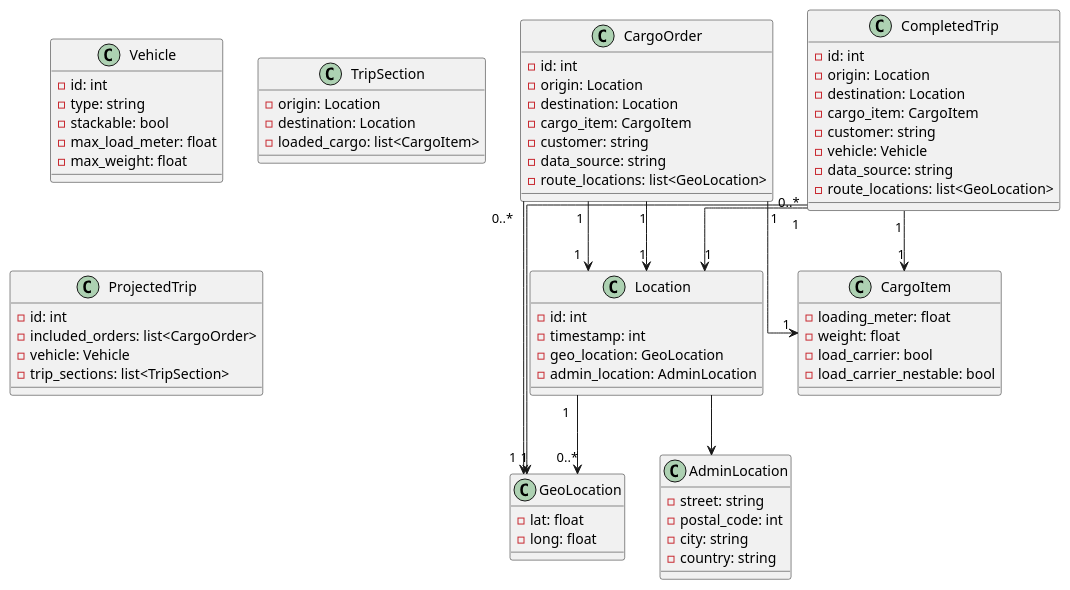
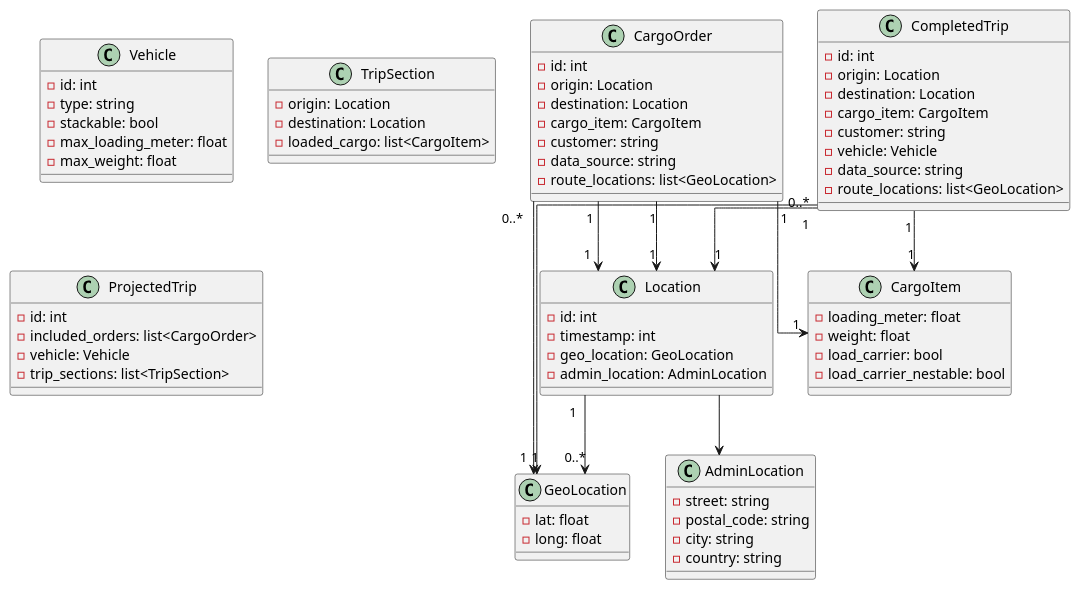
One commit to sbublie/cargo-pilot changed the diagram in docs/cp-analyzer_classes.puml. Above: the diagram before and after it, drawn with PlantUML. The commit also changed 8 other files, not shown here.

```diff
--- a/docs/cp-analyzer_classes.puml
+++ b/docs/cp-analyzer_classes.puml
@@ -1,87 +1,87 @@
 @startuml
 
 skinparam linetype polyline
 skinparam linetype ortho
 
 class GeoLocation {
     - lat: float
     - long: float
 }
 
 class Location {
     - id: int
     - timestamp: int
     - geo_location: GeoLocation
     - admin_location: AdminLocation
 }
 
 class AdminLocation {
     - street: string
-    - postal_code: int
+    - postal_code: string
     - city: string
     - country: string
 }
 
 class CargoItem {
     - loading_meter: float
     - weight: float
     - load_carrier: bool
     - load_carrier_nestable: bool
 }
 
 class CargoOrder {
     - id: int
     - origin: Location
     - destination: Location
     - cargo_item: CargoItem
     - customer: string
     - data_source: string
     - route_locations: list<GeoLocation>
 }
 
 class Vehicle {
     - id: int
     - type: string
     - stackable: bool
-    - max_load_meter: float
+    - max_loading_meter: float
     - max_weight: float
 }
 
 class CompletedTrip {
     - id: int
     - origin: Location
     - destination: Location
     - cargo_item: CargoItem
     - customer: string
     - vehicle: Vehicle
     - data_source: string
     - route_locations: list<GeoLocation>
 }
 
 
 
 class TripSection {
     - origin: Location
     - destination: Location
     - loaded_cargo: list<CargoItem>
 }
 
 class ProjectedTrip {
     - id: int
     - included_orders: list<CargoOrder>
     - vehicle: Vehicle
     - trip_sections: list<TripSection>
 }
 
 Location "1" --> "0..*" GeoLocation 
 Location --> AdminLocation 
 CargoOrder "1" --> "1" Location 
 CargoOrder "1" --> "1" Location 
 CargoOrder "1" --> "1" CargoItem 
 CargoOrder "0..*" --> "1" GeoLocation 
 CompletedTrip "1" --> "1" Location 
 CompletedTrip "1" --> "1" CargoItem 
 CompletedTrip "0..*" --> "1" GeoLocation 
 
 
 @enduml
```
